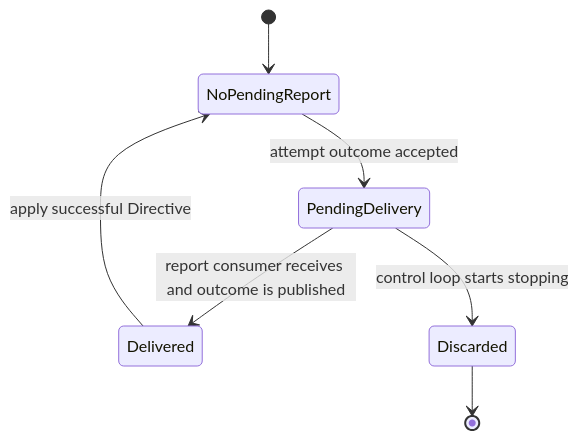
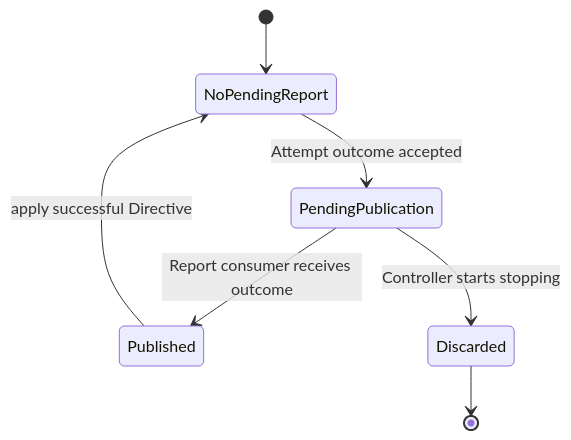
Before and after one commit to kotokumu/arcloom: the fourth of 5 diagrams in openspec/changes/establish-reconciliation-control-loop/model.md, drawn with Mermaid. The commit also changed other lines of this file and 42 other files, not shown here.

````diff
--- a/openspec/changes/establish-reconciliation-control-loop/model.md
+++ b/openspec/changes/establish-reconciliation-control-loop/model.md
@@ -58,9 +139,9 @@
 ```mermaid
 stateDiagram-v2
     [*] --> NoPendingReport
-    NoPendingReport --> PendingDelivery: attempt outcome accepted
-    PendingDelivery --> Delivered: report consumer receives and outcome is published
-    PendingDelivery --> Discarded: control loop starts stopping
-    Delivered --> NoPendingReport: apply successful Directive
+    NoPendingReport --> PendingPublication: Attempt outcome accepted
+    PendingPublication --> Published: Report consumer receives outcome
+    PendingPublication --> Discarded: Controller starts stopping
+    Published --> NoPendingReport: apply successful Directive
     Discarded --> [*]
 ```
````
